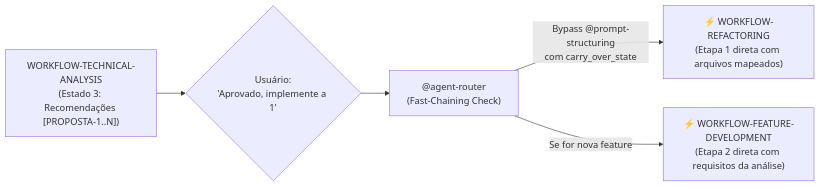
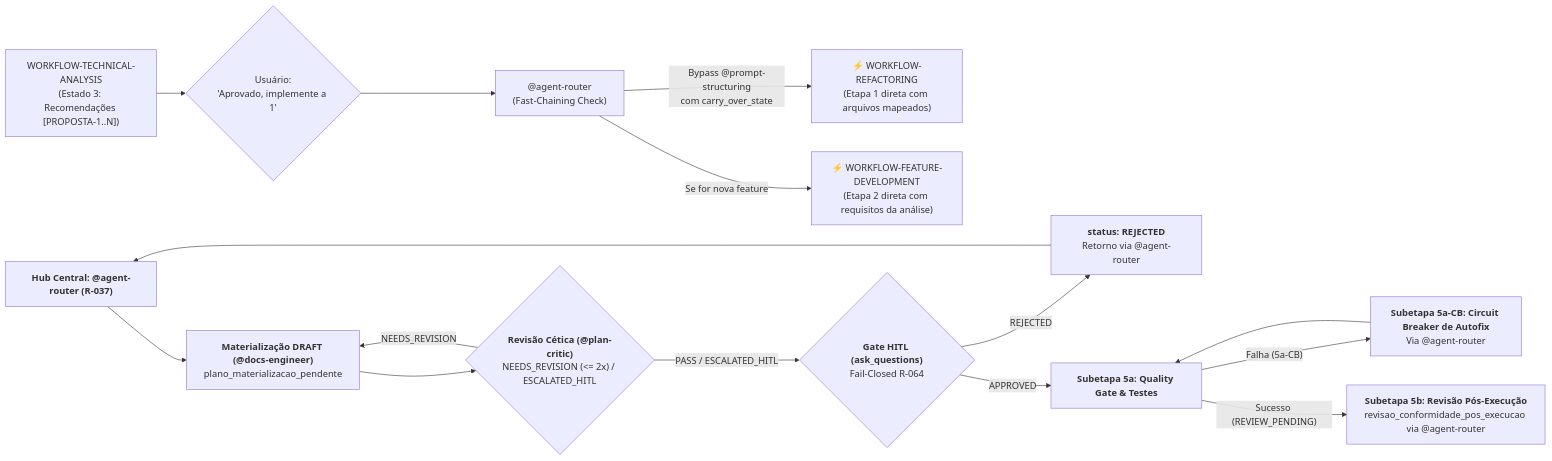
The diagram in .github/agents/workflows/invariantes-e-protocolos.md (jezreel8858/deep-agents-copilot), drawn with Mermaid before and after one commit. The commit also changed other lines of this file and 84 other files, not shown here.

````diff
--- a/.github/agents/workflows/invariantes-e-protocolos.md
+++ b/.github/agents/workflows/invariantes-e-protocolos.md
@@ -261,7 +261,17 @@
 ```mermaid
+
 flowchart LR
     W3["WORKFLOW-TECHNICAL-ANALYSIS<br/>(Estado 3: Recomendações [PROPOSTA-1..N])"] --> UserApprove{"Usuário:<br/>'Aprovado, implemente a 1'"}
     UserApprove --> RouterChain["@agent-router<br/>(Fast-Chaining Check)"]
     RouterChain -- "Bypass @prompt-structuring<br/>com carry_over_state" --> W2["⚡ WORKFLOW-REFACTORING<br/>(Etapa 1 direta com arquivos mapeados)"]
     RouterChain -- "Se for nova feature" --> W4["⚡ WORKFLOW-FEATURE-DEVELOPMENT<br/>(Etapa 2 direta com requisitos da análise)"]
+    %% --- R-064 PARITY START ---
+    RouterHub["<b>Hub Central: @agent-router (R-037)</b>"] --> DocsDraft["<b>Materialização DRAFT (@docs-engineer)</b><br/>plano_materializacao_pendente"]
+    DocsDraft --> CriticGate{"<b>Revisão Cética (@plan-critic)</b><br/>NEEDS_REVISION (<= 2x) / ESCALATED_HITL"}
+    CriticGate -- "NEEDS_REVISION" --> DocsDraft
+    CriticGate -- "PASS / ESCALATED_HITL" --> GateHITL{"<b>Gate HITL (ask_questions)</b><br/>Fail-Closed R-064"}
+    GateHITL -- "REJECTED" --> PlanRej["<b>status: REJECTED</b><br/>Retorno via @agent-router"] --> RouterHub
+    GateHITL -- "APPROVED" --> Step5a["<b>Subetapa 5a: Quality Gate & Testes</b>"]
+    Step5a -- "Falha (5a-CB)" --> Step5aCB["<b>Subetapa 5a-CB: Circuit Breaker de Autofix</b><br/>Via @agent-router"] --> Step5a
+    Step5a -- "Sucesso (REVIEW_PENDING)" --> Step5b["<b>Subetapa 5b: Revisão Pós-Execução</b><br/>revisao_conformidade_pos_execucao via @agent-router"]
 ```
````
